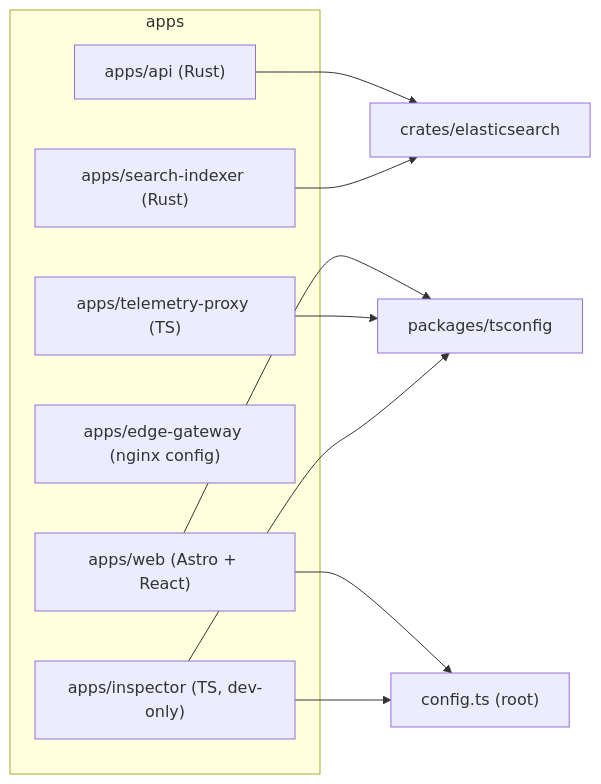
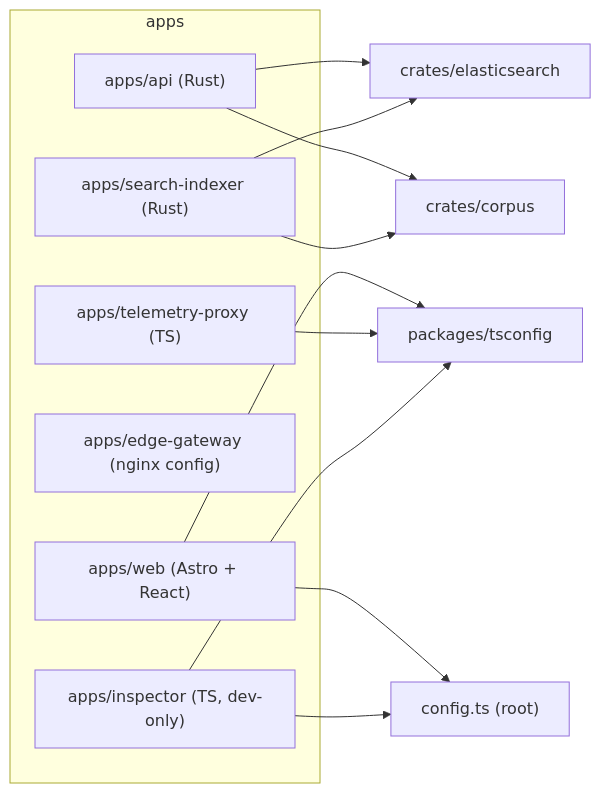
The fourth of 4 diagrams in docs/topology.md (raaqimorg/qafiyah), drawn with Mermaid before and after one commit. The commit also changed other lines of this file and 21 other files, not shown here.

Commit message:
refactor(search-indexer): read Postgres through Diesel and diesel-async over a shared crates/corpus schema, with a byte-identical index (#148)

````diff
--- a/docs/topology.md
+++ b/docs/topology.md
@@ -84,22 +84,25 @@
 ```mermaid
 flowchart LR
     subgraph apps
         api["apps/api (Rust)"]
         web["apps/web (Astro + React)"]
         indexer["apps/search-indexer (Rust)"]
         edge["apps/edge-gateway (nginx config)"]
         telemetry["apps/telemetry-proxy (TS)"]
         inspector["apps/inspector (TS, dev-only)"]
     end
     tsconfig["packages/tsconfig"]
     es_crate["crates/elasticsearch"]
+    corpus_crate["crates/corpus"]
     config["config.ts (root)"]
 
     web --> tsconfig
     telemetry --> tsconfig
     inspector --> tsconfig
     web --> config
     inspector --> config
     api --> es_crate
     indexer --> es_crate
+    api --> corpus_crate
+    indexer --> corpus_crate
 ```
````
